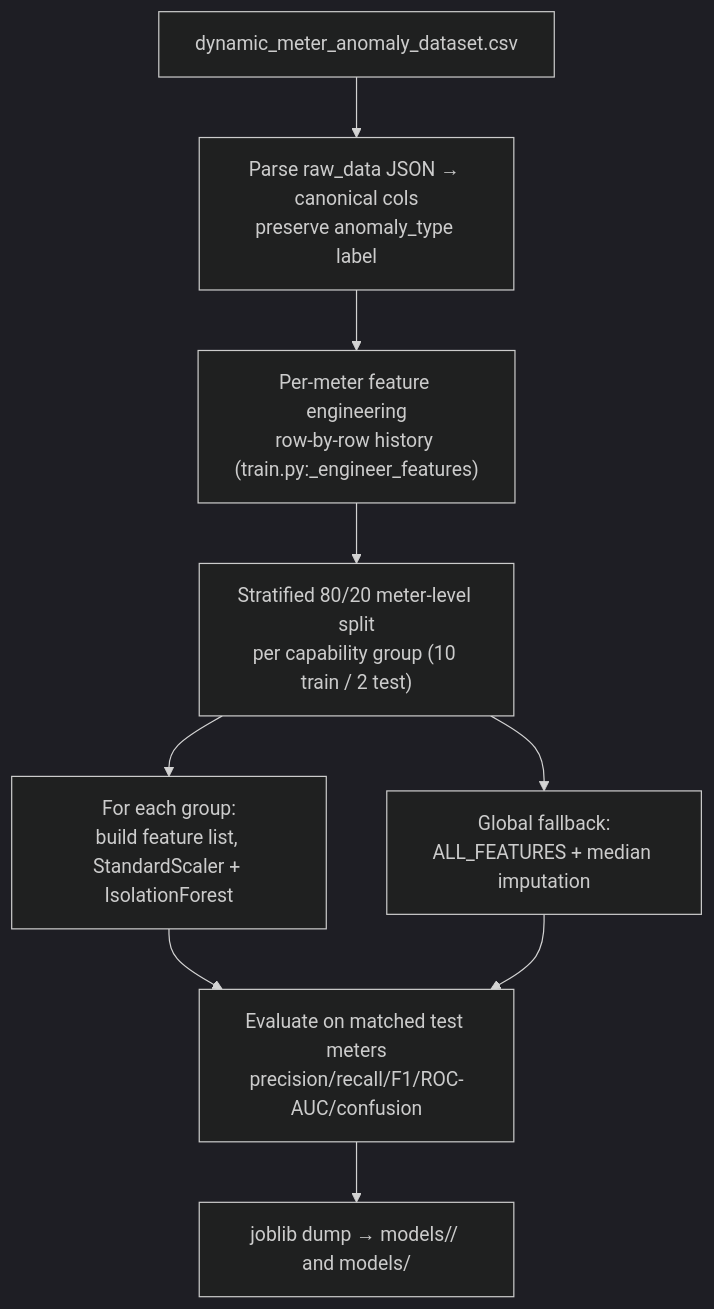
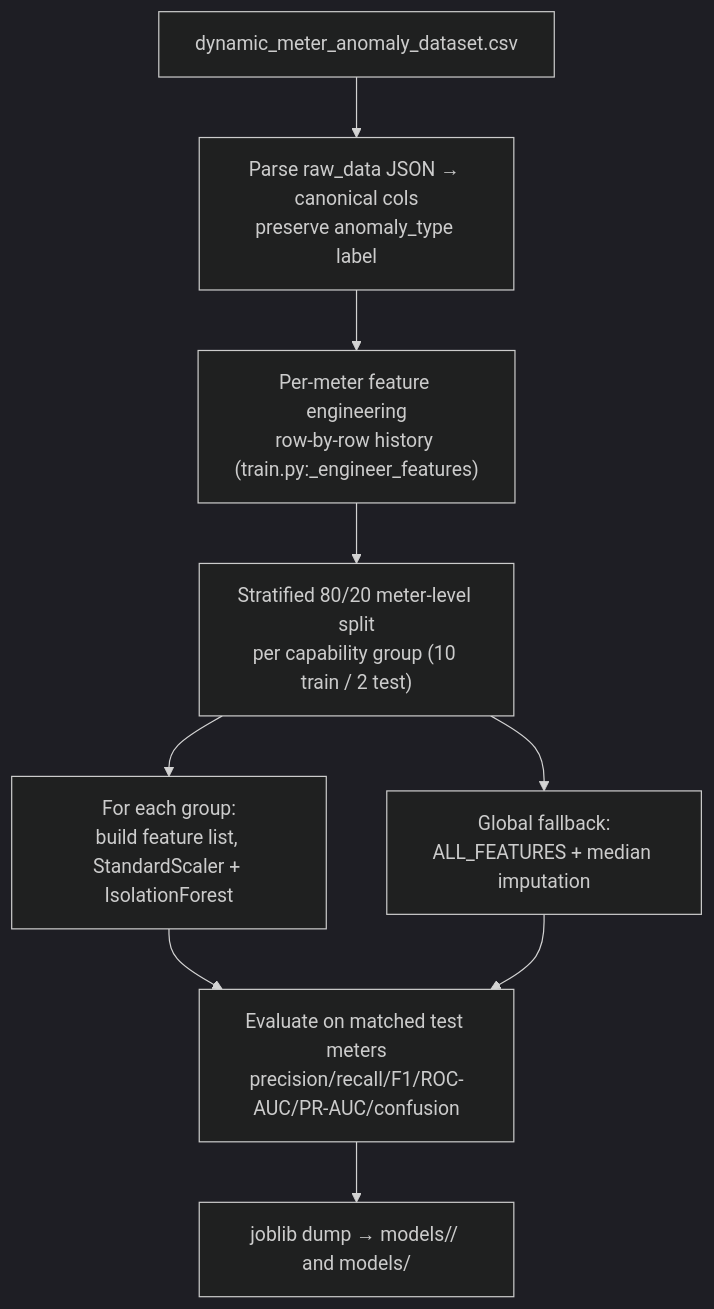
Before and after one commit to CodeWithMrunal/EcoSentinel: the first of 2 diagrams in docs/project-explanation/04-model-training-and-locality.md, drawn with Mermaid (dark theme). The commit also changed other lines of this file and 3 other files, not shown here.

````diff
--- a/docs/project-explanation/04-model-training-and-locality.md
+++ b/docs/project-explanation/04-model-training-and-locality.md
@@ -78,11 +80,11 @@
 ```mermaid
 flowchart TD
     CSV["dynamic_meter_anomaly_dataset.csv"] --> P["Parse raw_data JSON → canonical cols<br/>preserve anomaly_type label"]
     P --> FE["Per-meter feature engineering<br/>row-by-row history (train.py:_engineer_features)"]
     FE --> SPLIT["Stratified 80/20 meter-level split<br/>per capability group (10 train / 2 test)"]
     SPLIT --> GRP["For each group:<br/>build feature list, StandardScaler + IsolationForest"]
     SPLIT --> GLB["Global fallback:<br/>ALL_FEATURES + median imputation"]
-    GRP --> EVAL["Evaluate on matched test meters<br/>precision/recall/F1/ROC-AUC/confusion"]
+    GRP --> EVAL["Evaluate on matched test meters<br/>precision/recall/F1/ROC-AUC/PR-AUC/confusion"]
     GLB --> EVAL
     EVAL --> SAVE["joblib dump → models/<group>/ and models/"]
 ```
````
